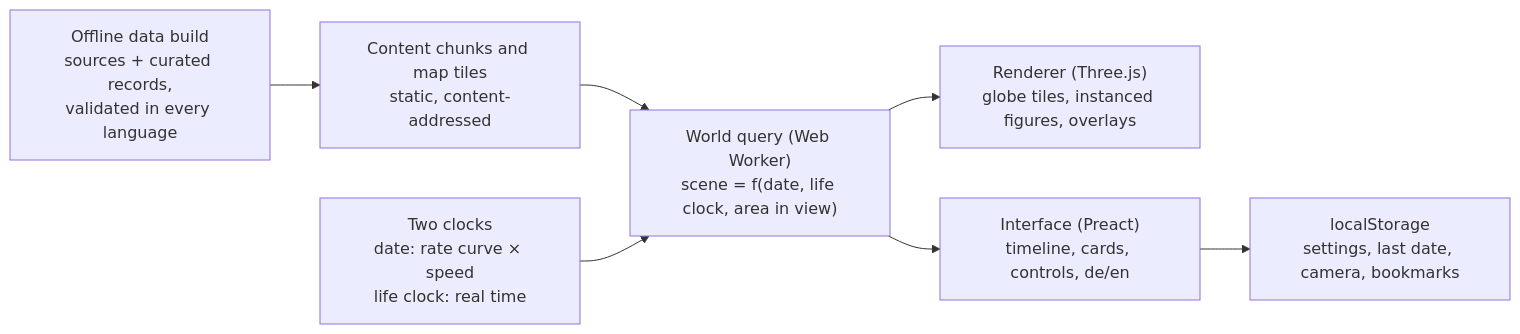
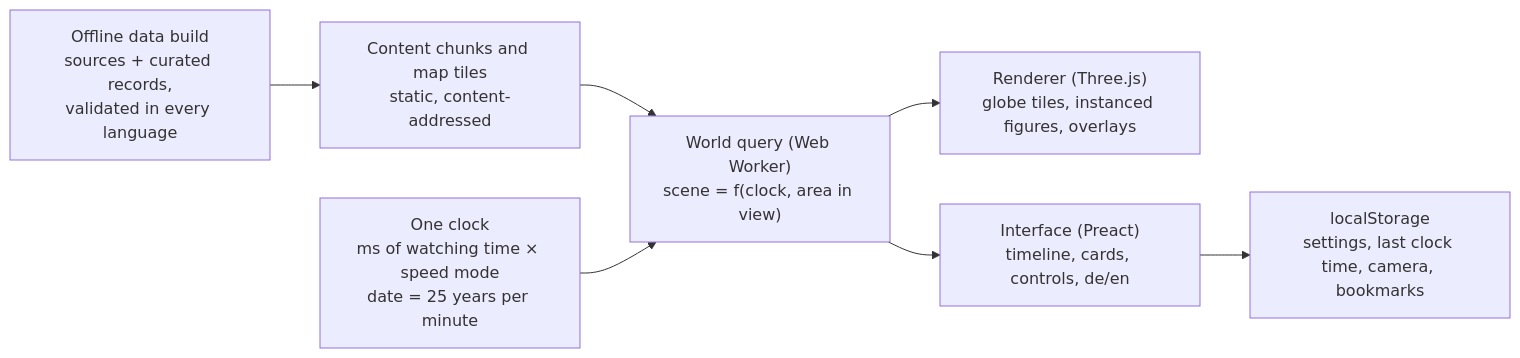
One commit to hashseed/miniworld changed the diagram in docs/spec/spec.md. Above: the diagram before and after it, drawn with Mermaid. The commit also changed other lines of this file and 6 other files, not shown here.

First line of the commit message:
Spec: one clock at 25 years per minute, speed modes, log timeline

````diff
--- a/docs/spec/spec.md
+++ b/docs/spec/spec.md
@@ -209,9 +214,9 @@
 ```mermaid
 flowchart LR
   build["Offline data build<br/>sources + curated records,<br/>validated in every language"] --> packs["Content chunks and map tiles<br/>static, content-addressed"]
   packs --> query
-  clocks["Two clocks<br/>date: rate curve × speed<br/>life clock: real time"] --> query["World query (Web Worker)<br/>scene = f(date, life clock, area in view)"]
+  clocks["One clock<br/>ms of watching time × speed mode<br/>date = 25 years per minute"] --> query["World query (Web Worker)<br/>scene = f(clock, area in view)"]
   query --> renderer["Renderer (Three.js)<br/>globe tiles, instanced figures, overlays"]
   query --> ui["Interface (Preact)<br/>timeline, cards, controls, de/en"]
-  ui --> storage["localStorage<br/>settings, last date, camera, bookmarks"]
+  ui --> storage["localStorage<br/>settings, last clock time, camera, bookmarks"]
 ```
````
